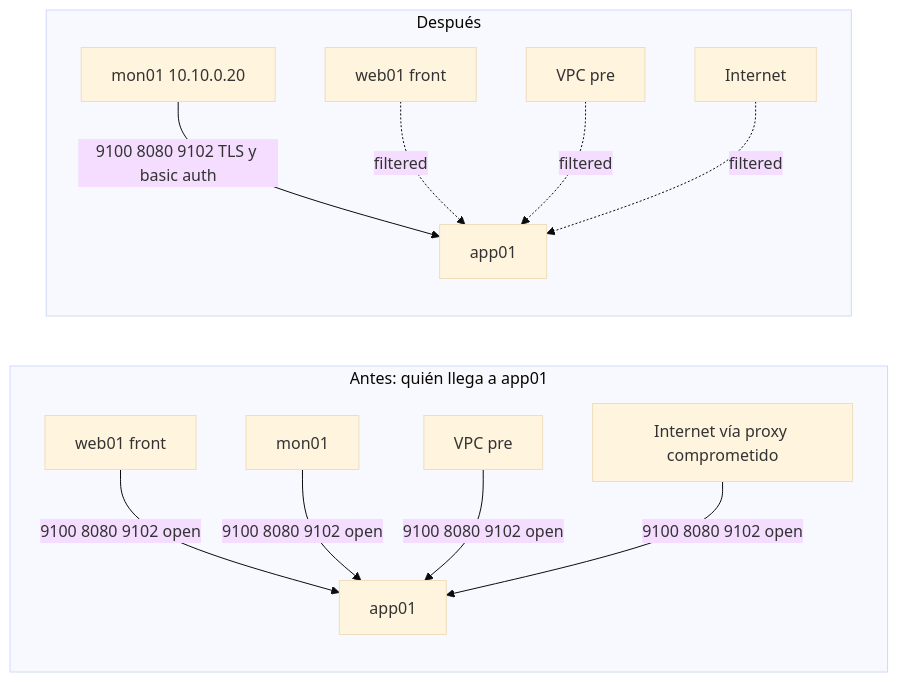
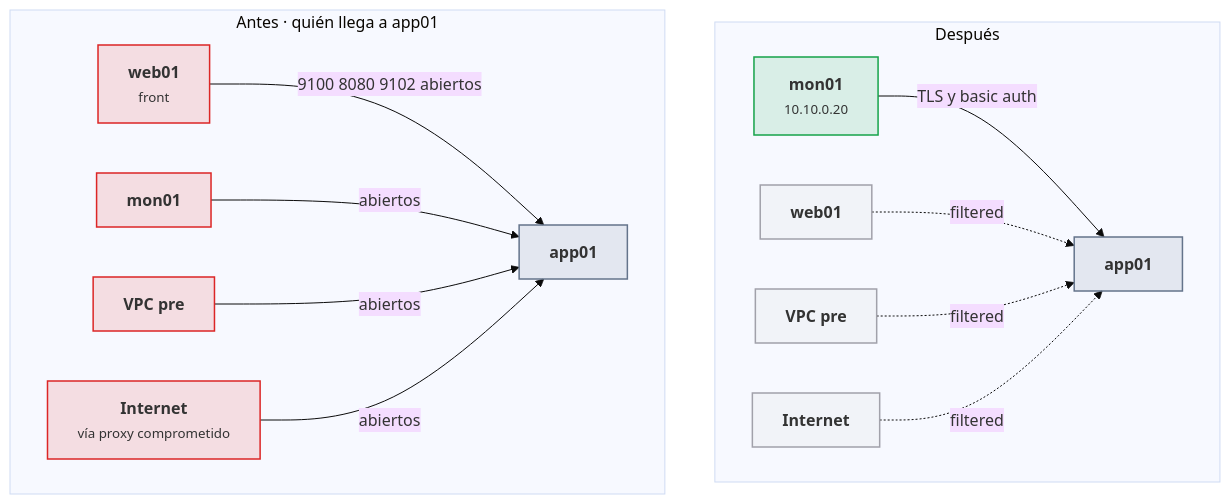
One commit to victor-educ/apuntes-5169 changed the second of 5 diagrams in docs/ut/ut3-seguridad-monitorizacion.md. Above: the diagram before and after it, drawn with Mermaid (base theme). The commit also changed other lines of this file and 13 other files, not shown here.

First line of the commit message:
Temporalización definitiva, gramática visual y diagramas en todas las unidades

````diff
--- a/docs/ut/ut3-seguridad-monitorizacion.md
+++ b/docs/ut/ut3-seguridad-monitorizacion.md
@@ -201,15 +221,34 @@
 ```mermaid
 flowchart LR
-    subgraph antes[Antes: quién llega a app01]
-        W1[web01 front] -->|9100 8080 9102 open| A1[app01]
-        M1[mon01] -->|9100 8080 9102 open| A1
-        P1[VPC pre] -->|9100 8080 9102 open| A1
-        I1[Internet vía proxy comprometido] -->|9100 8080 9102 open| A1
+    subgraph antes["Antes · quién llega a app01"]
+        direction LR
+        W1["<b>web01</b><br><small>front</small>"]:::riesgo
+        M1["<b>mon01</b>"]:::riesgo
+        P1["<b>VPC pre</b>"]:::riesgo
+        I1["<b>Internet</b><br><small>vía proxy comprometido</small>"]:::riesgo
+        A1["<b>app01</b>"]:::pieza
+        W1 -->|9100 8080 9102 abiertos| A1
+        M1 -->|abiertos| A1
+        P1 -->|abiertos| A1
+        I1 -->|abiertos| A1
     end
-    subgraph despues[Después]
-        M2[mon01 10.10.0.20] -->|9100 8080 9102 TLS y basic auth| A2[app01]
-        W2[web01 front] -.->|filtered| A2
-        P2[VPC pre] -.->|filtered| A2
-        I2[Internet] -.->|filtered| A2
+    subgraph despues["Después"]
+        direction LR
+        M2["<b>mon01</b><br><small>10.10.0.20</small>"]:::ok
+        W2["<b>web01</b>"]:::infra
+        P2["<b>VPC pre</b>"]:::infra
+        I2["<b>Internet</b>"]:::infra
+        A2["<b>app01</b>"]:::pieza
+        M2 -->|TLS y basic auth| A2
+        W2 -.->|filtered| A2
+        P2 -.->|filtered| A2
+        I2 -.->|filtered| A2
     end
+    antes ~~~ despues
+    classDef act fill:#ea580c22,stroke:#ea580c,stroke-width:1.5px
+    classDef pieza fill:#64748b22,stroke:#64748b,stroke-width:1.5px
+    classDef dato fill:#2563eb22,stroke:#2563eb,stroke-width:1.5px
+    classDef infra fill:#a1a1aa14,stroke:#a1a1aa,stroke-width:1.5px
+    classDef ok fill:#16a34a22,stroke:#16a34a,stroke-width:1.5px
+    classDef riesgo fill:#dc262622,stroke:#dc2626,stroke-width:1.5px
 ```
````
